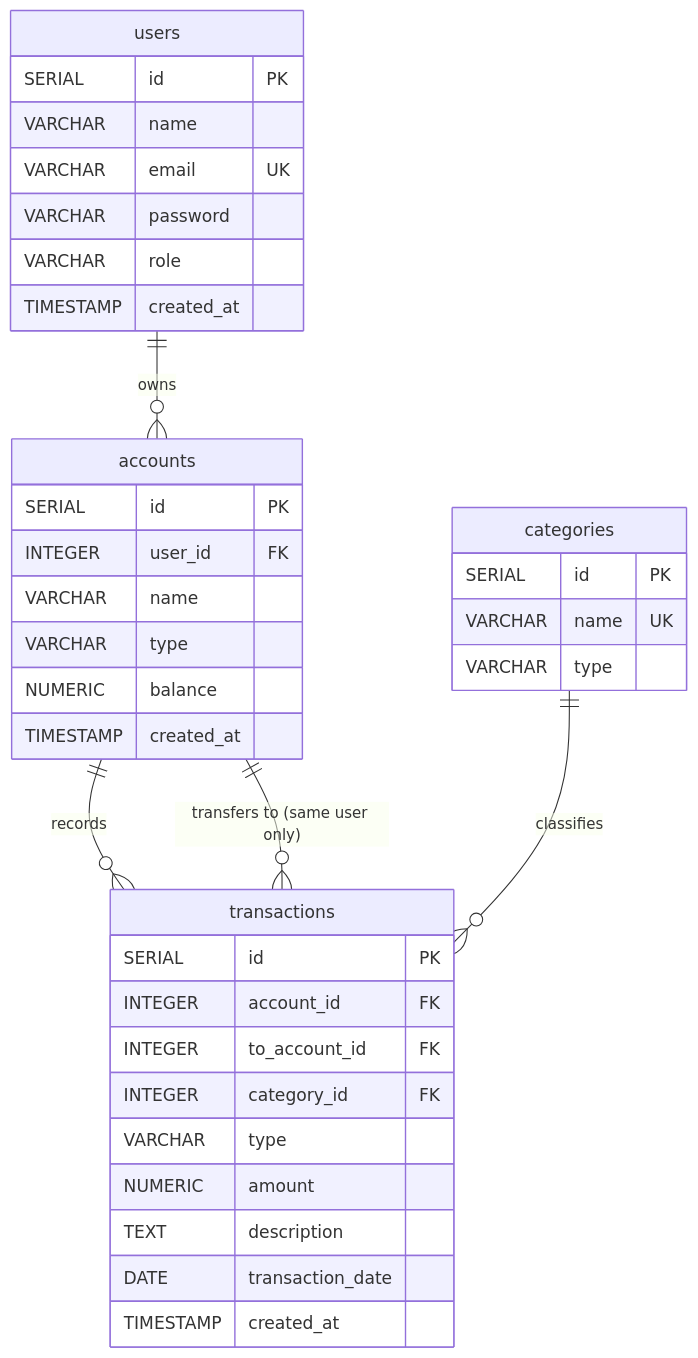
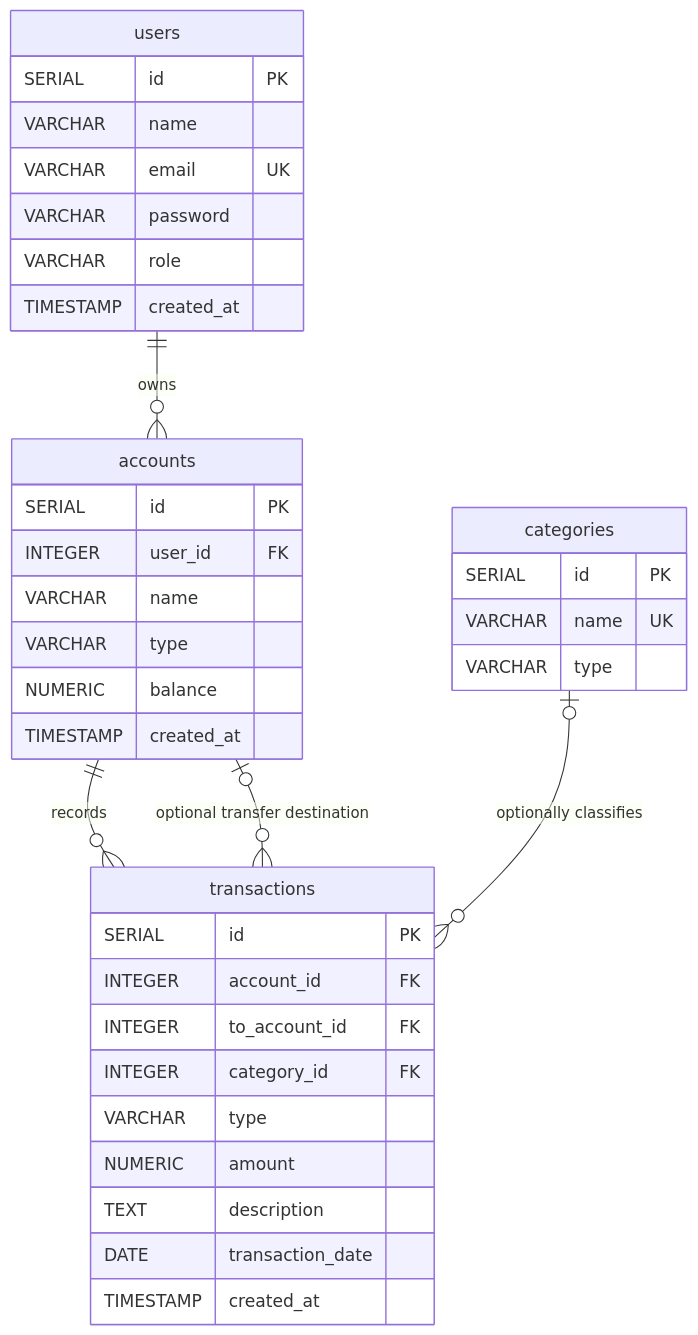
One commit to Revou-FSSE-Feb26/milestone-4-AI-NovaNX changed the diagram in fintrack-api/docs/erd.mmd. Above: the diagram before and after it, drawn with Mermaid. The commit also changed 19 other files, not shown here.

```diff
--- a/fintrack-api/docs/erd.mmd
+++ b/fintrack-api/docs/erd.mmd
@@ -1,41 +1,41 @@
 erDiagram
     users ||--o{ accounts : owns
     accounts ||--o{ transactions : records
-    accounts ||--o{ transactions : "transfers to (same user only)"
-    categories ||--o{ transactions : classifies
+    accounts o|--o{ transactions : "optional transfer destination"
+    categories o|--o{ transactions : "optionally classifies"
 
     users {
         SERIAL id PK
         VARCHAR name
         VARCHAR email UK
         VARCHAR password
         VARCHAR role
         TIMESTAMP created_at
     }
 
     accounts {
         SERIAL id PK
         INTEGER user_id FK
         VARCHAR name
         VARCHAR type
         NUMERIC balance
         TIMESTAMP created_at
     }
 
     categories {
         SERIAL id PK
         VARCHAR name UK
         VARCHAR type
     }
 
     transactions {
         SERIAL id PK
         INTEGER account_id FK
         INTEGER to_account_id FK
         INTEGER category_id FK
         VARCHAR type
         NUMERIC amount
         TEXT description
         DATE transaction_date
         TIMESTAMP created_at
     }
```
